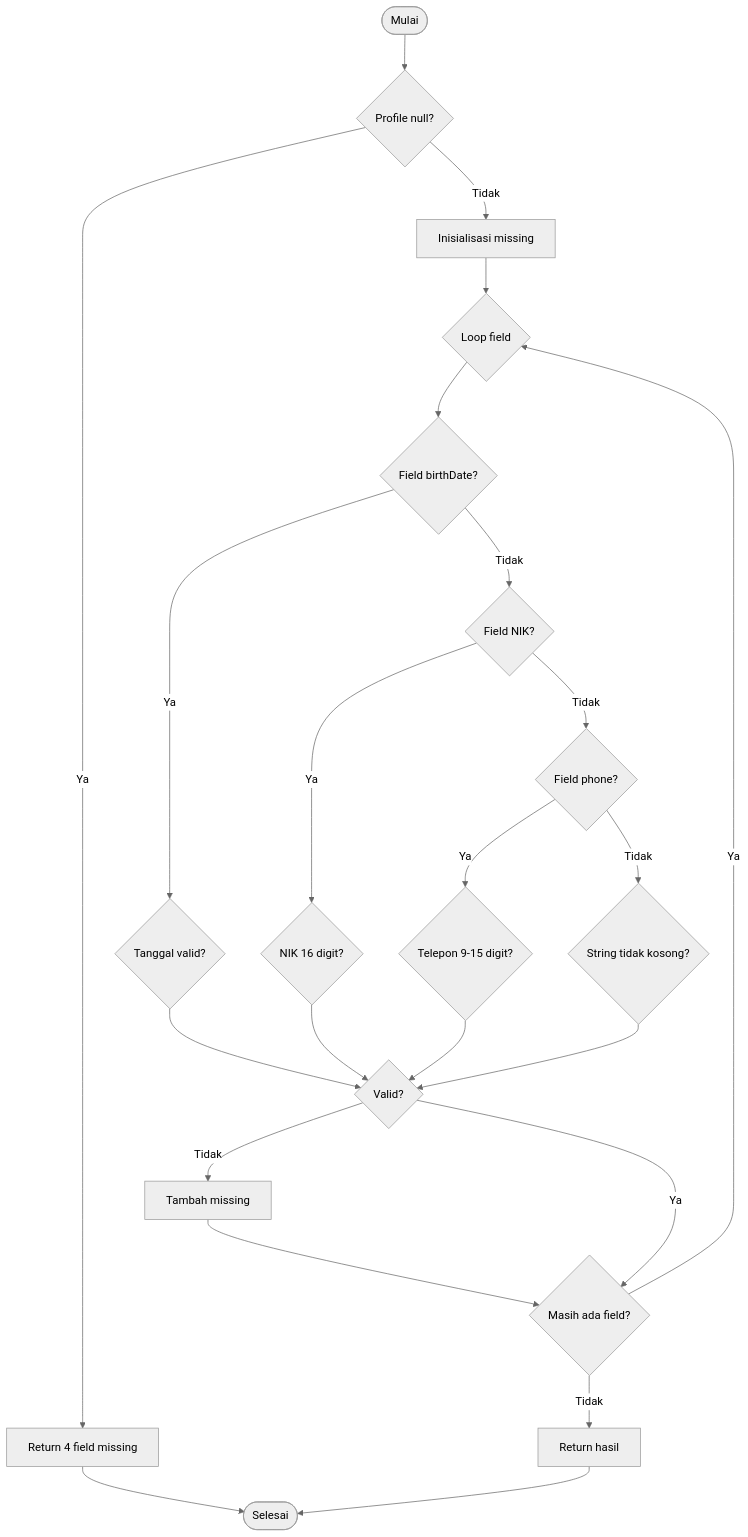
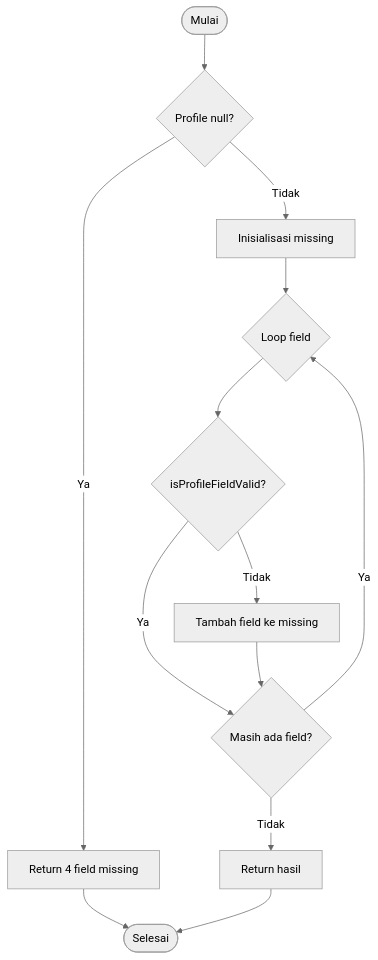
The third of 3 diagrams in docs/03-whitebox-testing.md (heyimteee/rsi-quiz), drawn with Mermaid (neutral theme) before and after one commit. The commit also changed other lines of this file and 20 other files, not shown here.

````diff
--- a/docs/03-whitebox-testing.md
+++ b/docs/03-whitebox-testing.md
@@ -226,22 +236,13 @@
 ```mermaid
 flowchart TD
   S([Mulai]) --> A{Profile null?}
   A -- Ya --> B[Return 4 field missing] --> Z([Selesai])
   A -- Tidak --> C[Inisialisasi missing]
   C --> D{Loop field}
-  D --> E{Field birthDate?}
-  E -- Ya --> F{Tanggal valid?}
-  E -- Tidak --> G{Field NIK?}
-  G -- Ya --> H{NIK 16 digit?}
-  G -- Tidak --> I{Field phone?}
-  I -- Ya --> J{Telepon 9-15 digit?}
-  I -- Tidak --> K{String tidak kosong?}
-  F --> L{Valid?}
-  H --> L
-  J --> L
-  K --> L
-  L -- Tidak --> M[Tambah missing] --> N{Masih ada field?}
-  L -- Ya --> N
-  N -- Ya --> D
-  N -- Tidak --> O[Return hasil] --> Z
+  D --> E{isProfileFieldValid?}
+  E -- Tidak --> F[Tambah field ke missing]
+  E -- Ya --> G{Masih ada field?}
+  F --> G
+  G -- Ya --> D
+  G -- Tidak --> H[Return hasil] --> Z
 ```
````
